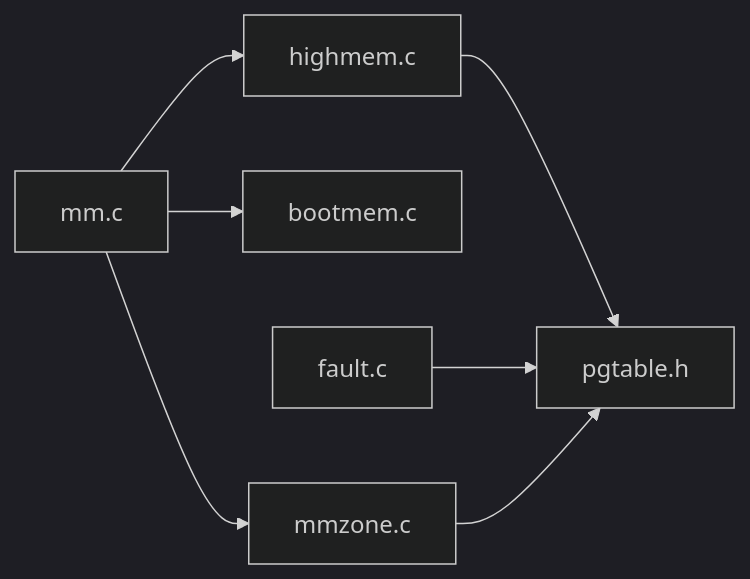
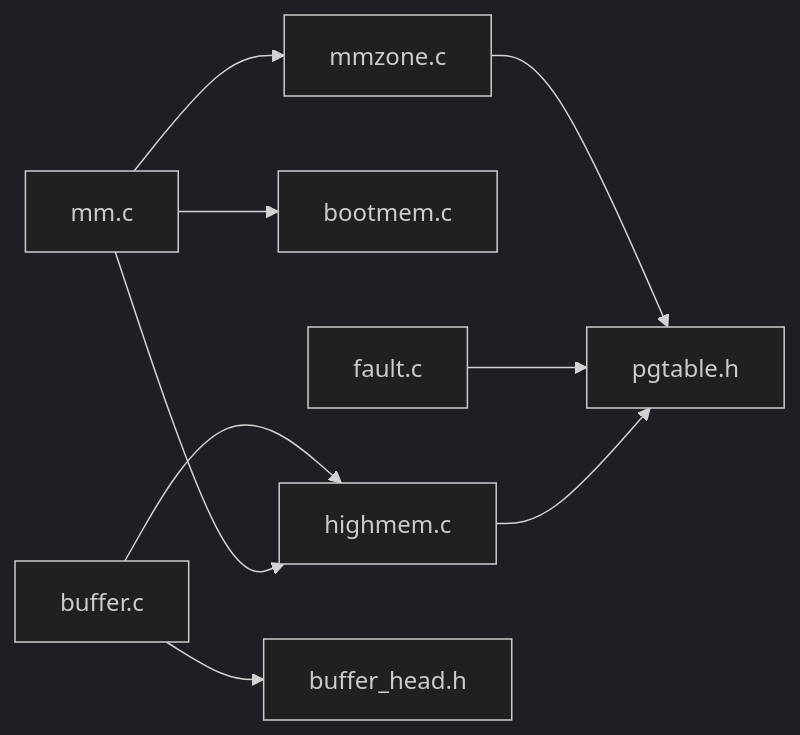
The ninth of 9 diagrams in .qoder/repowiki/zh/content/系统架构/内存架构设计/物理内存管理/高端内存支持.md (skcodestack/LulaOS), drawn with Mermaid (dark theme) before and after one commit. The commit also changed other lines of this file and 19 other files, not shown here.

````diff
--- a/.qoder/repowiki/zh/content/系统架构/内存架构设计/物理内存管理/高端内存支持.md
+++ b/.qoder/repowiki/zh/content/系统架构/内存架构设计/物理内存管理/高端内存支持.md
@@ -275,9 +348,11 @@
 ```mermaid
 graph LR
 HM["highmem.c"] --> PT["pgtable.h"]
 MM["mm.c"] --> HM
 MM --> BM["bootmem.c"]
 MM --> ZN["mmzone.c"]
 FT["fault.c"] --> PT
 ZN --> PT
+BC["buffer.c"] --> HM
+BC --> BH["buffer_head.h"]
 ```
````
